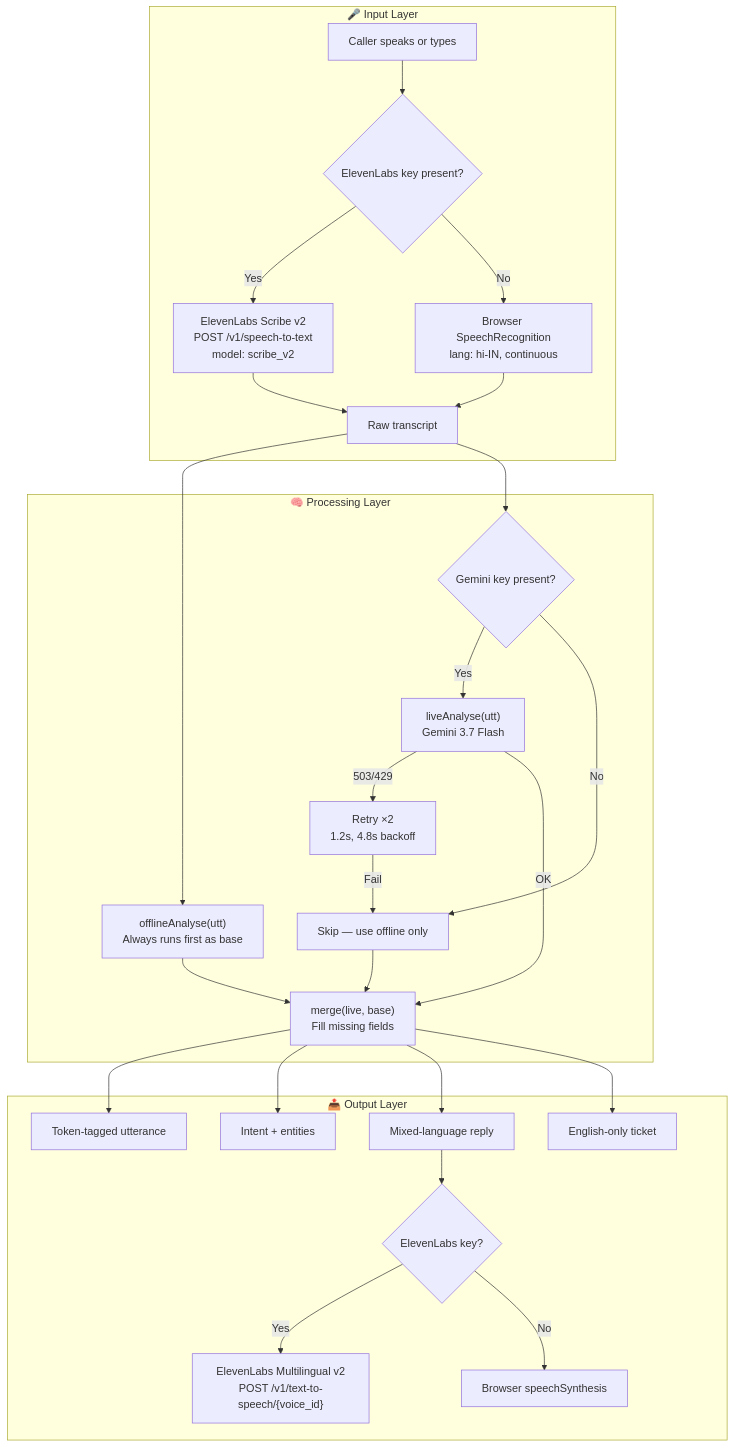
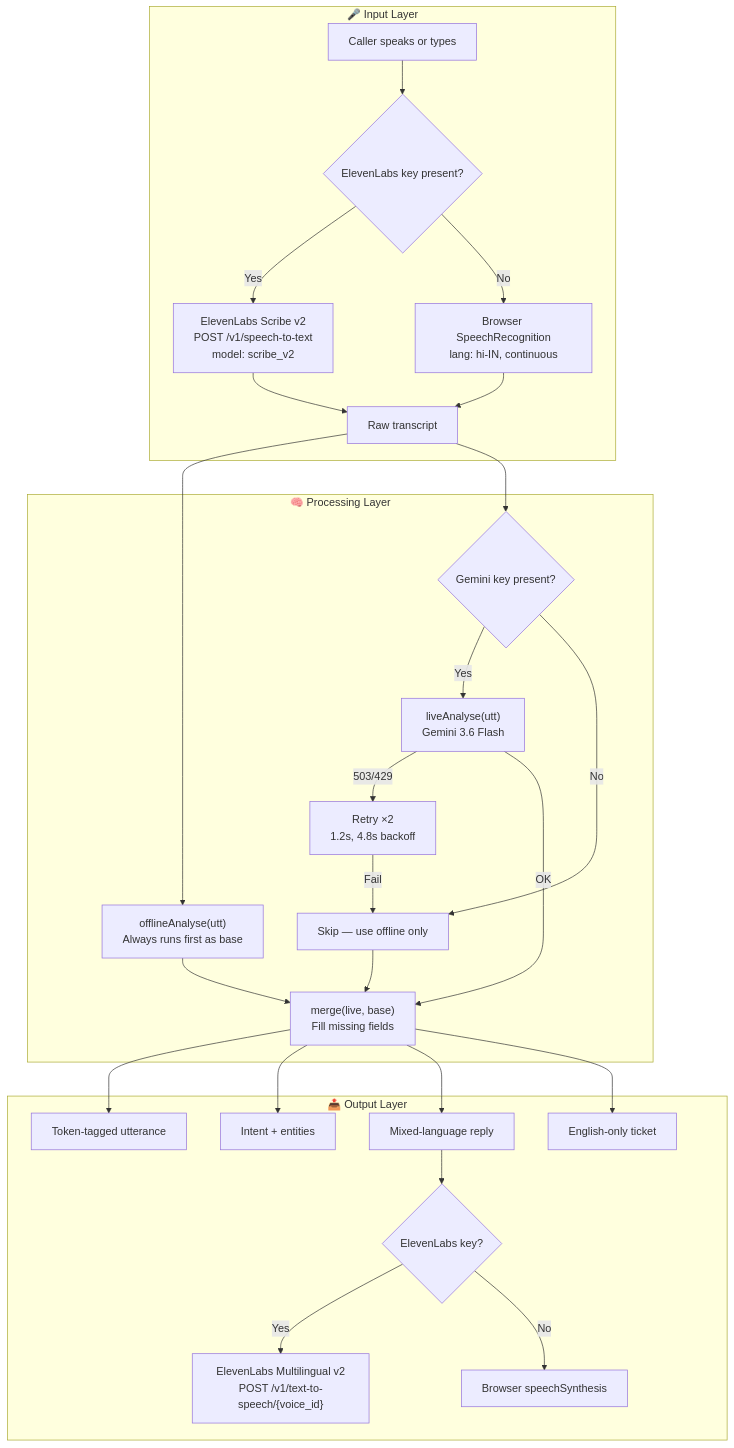
The first of 2 diagrams in ARCHITECTURE.md (ramanathanmani/great-agent-hackathon-2026), drawn with Mermaid before and after one commit. The commit also changed 5 other files, not shown here.

Commit message:
feat: change default Gemini model to gemini-3.6-flash across UI and docs

````diff
--- a/ARCHITECTURE.md
+++ b/ARCHITECTURE.md
@@ -13,33 +13,33 @@
 ```mermaid
 graph TD
     subgraph Input ["🎤 Input Layer"]
         A["Caller speaks or types"]
         A --> B{"ElevenLabs key present?"}
         B -->|Yes| C["ElevenLabs Scribe v2<br/>POST /v1/speech-to-text<br/>model: scribe_v2"]
         B -->|No| D["Browser SpeechRecognition<br/>lang: hi-IN, continuous"]
         C --> E["Raw transcript"]
         D --> E
     end
 
     subgraph Process ["🧠 Processing Layer"]
         E --> F["offlineAnalyse(utt)<br/>Always runs first as base"]
         E --> G{"Gemini key present?"}
-        G -->|Yes| H["liveAnalyse(utt)<br/>Gemini 3.7 Flash"]
+        G -->|Yes| H["liveAnalyse(utt)<br/>Gemini 3.6 Flash"]
         G -->|No| I["Skip — use offline only"]
         H -->|"503/429"| J["Retry ×2<br/>1.2s, 4.8s backoff"]
         J -->|Fail| I
         H -->|OK| K["merge(live, base)<br/>Fill missing fields"]
         F --> K
         I --> K
     end
 
     subgraph Output ["📤 Output Layer"]
         K --> L["Token-tagged utterance"]
         K --> M["Intent + entities"]
         K --> N["Mixed-language reply"]
         K --> O["English-only ticket"]
         N --> P{"ElevenLabs key?"}
         P -->|Yes| Q["ElevenLabs Multilingual v2<br/>POST /v1/text-to-speech/{voice_id}"]
         P -->|No| R["Browser speechSynthesis"]
     end
 ```
````
